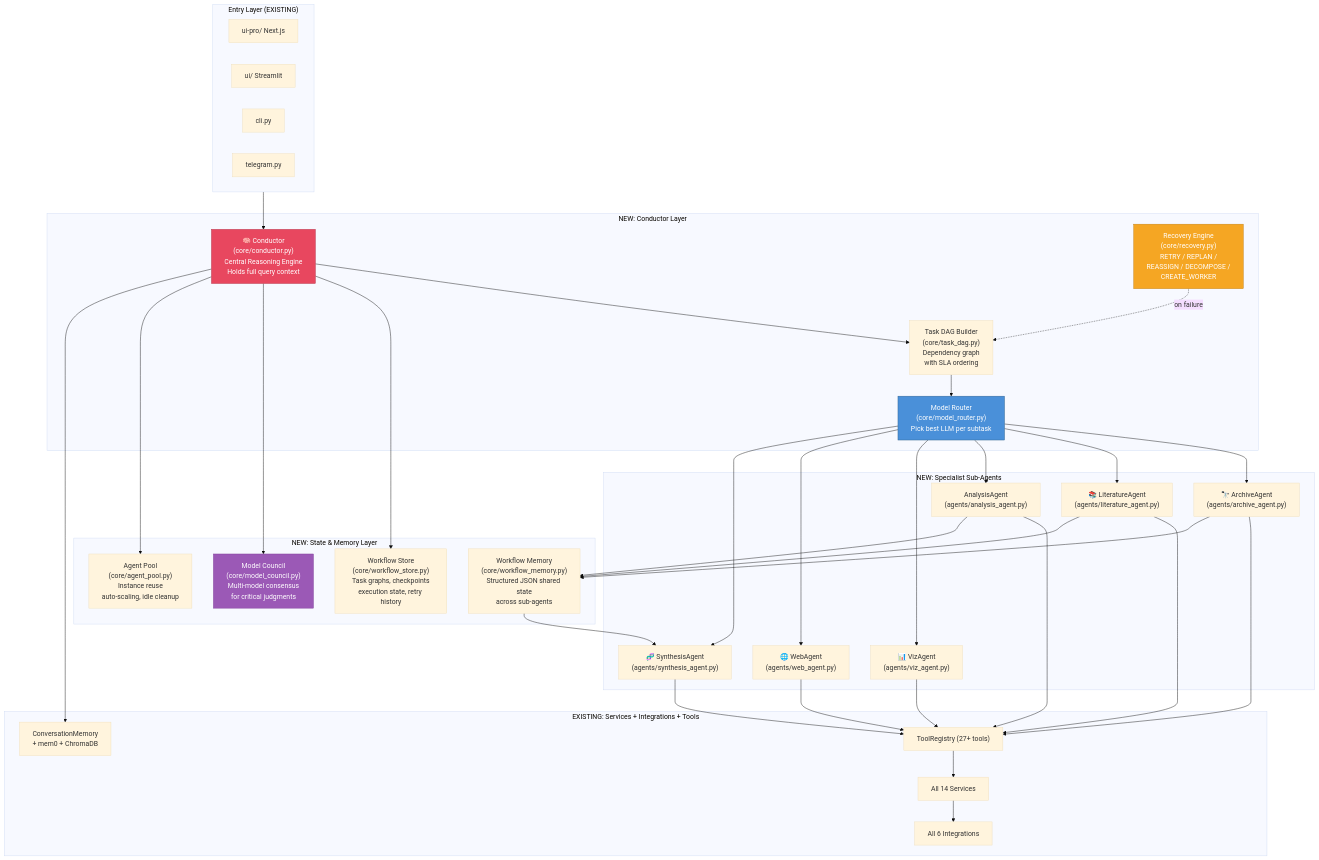
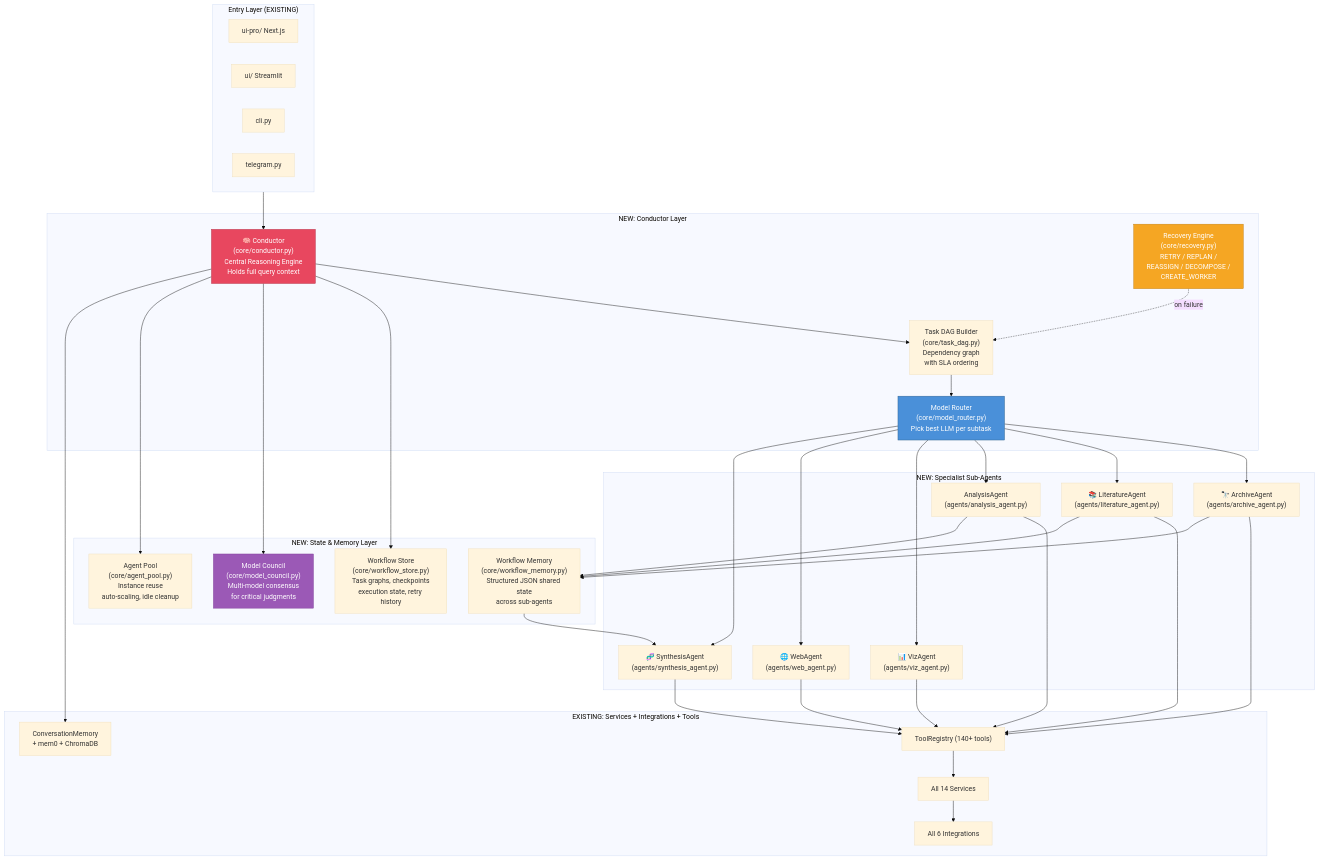
One commit to adamzacharia/Quasar changed the diagram in docs/implementation_plan.md. Above: the diagram before and after it, drawn with Mermaid (base theme). The commit also changed other lines of this file and 136 other files, not shown here.

````diff
--- a/docs/implementation_plan.md
+++ b/docs/implementation_plan.md
@@ -60,59 +60,59 @@
 ```mermaid
 flowchart TB
     subgraph Entry["Entry Layer (EXISTING)"]
         NextUI["ui-pro/ Next.js"]
         StreamUI["ui/ Streamlit"]
         CLI["cli.py"]
         TG["telegram.py"]
     end
 
     subgraph Conductor["NEW: Conductor Layer"]
         Brain["🧠 Conductor\n(core/conductor.py)\nCentral Reasoning Engine\nHolds full query context"]
         DAG["Task DAG Builder\n(core/task_dag.py)\nDependency graph\nwith SLA ordering"]
         Router["Model Router\n(core/model_router.py)\nPick best LLM per subtask"]
         Recovery["Recovery Engine\n(core/recovery.py)\nRETRY / REPLAN /\nREASSIGN / DECOMPOSE /\nCREATE_WORKER"]
     end
 
     subgraph Agents["NEW: Specialist Sub-Agents"]
         AA["🔭 ArchiveAgent\n(agents/archive_agent.py)"]
         LA["📚 LiteratureAgent\n(agents/literature_agent.py)"]
         AnA["AnalysisAgent\n(agents/analysis_agent.py)"]
         VA["📊 VizAgent\n(agents/viz_agent.py)"]
         WA["🌐 WebAgent\n(agents/web_agent.py)"]
         SA["🧬 SynthesisAgent\n(agents/synthesis_agent.py)"]
     end
 
     subgraph State["NEW: State & Memory Layer"]
         WStore["Workflow Store\n(core/workflow_store.py)\nTask graphs, checkpoints\nexecution state, retry history"]
         WMem["Workflow Memory\n(core/workflow_memory.py)\nStructured JSON shared state\nacross sub-agents"]
         Council["Model Council\n(core/model_council.py)\nMulti-model consensus\nfor critical judgments"]
         Pool["Agent Pool\n(core/agent_pool.py)\nInstance reuse\nauto-scaling, idle cleanup"]
     end
 
     subgraph Existing["EXISTING: Services + Integrations + Tools"]
-        ToolReg["ToolRegistry (27+ tools)"]
+        ToolReg["ToolRegistry (140+ tools)"]
         Svc["All 14 Services"]
         Int["All 6 Integrations"]
         Memory["ConversationMemory\n+ mem0 + ChromaDB"]
     end
 
     Entry --> Brain
     Brain --> DAG
     DAG --> Router
     Router --> AA & LA & AnA & VA & WA & SA
     Recovery -.->|"on failure"| DAG
 
     AA & LA & AnA & VA & WA & SA --> ToolReg
     ToolReg --> Svc --> Int
     AA & LA & AnA --> WMem
     WMem --> SA
     Brain --> WStore
     Brain --> Council
     Brain --> Pool
     Brain --> Memory
 
     style Brain fill:#E8475F,stroke:#B33044,color:#fff
     style Router fill:#4A90D9,stroke:#2C5F8A,color:#fff
     style Recovery fill:#F5A623,stroke:#C17D12,color:#fff
     style Council fill:#9B59B6,stroke:#7D3C98,color:#fff
 ```
````
